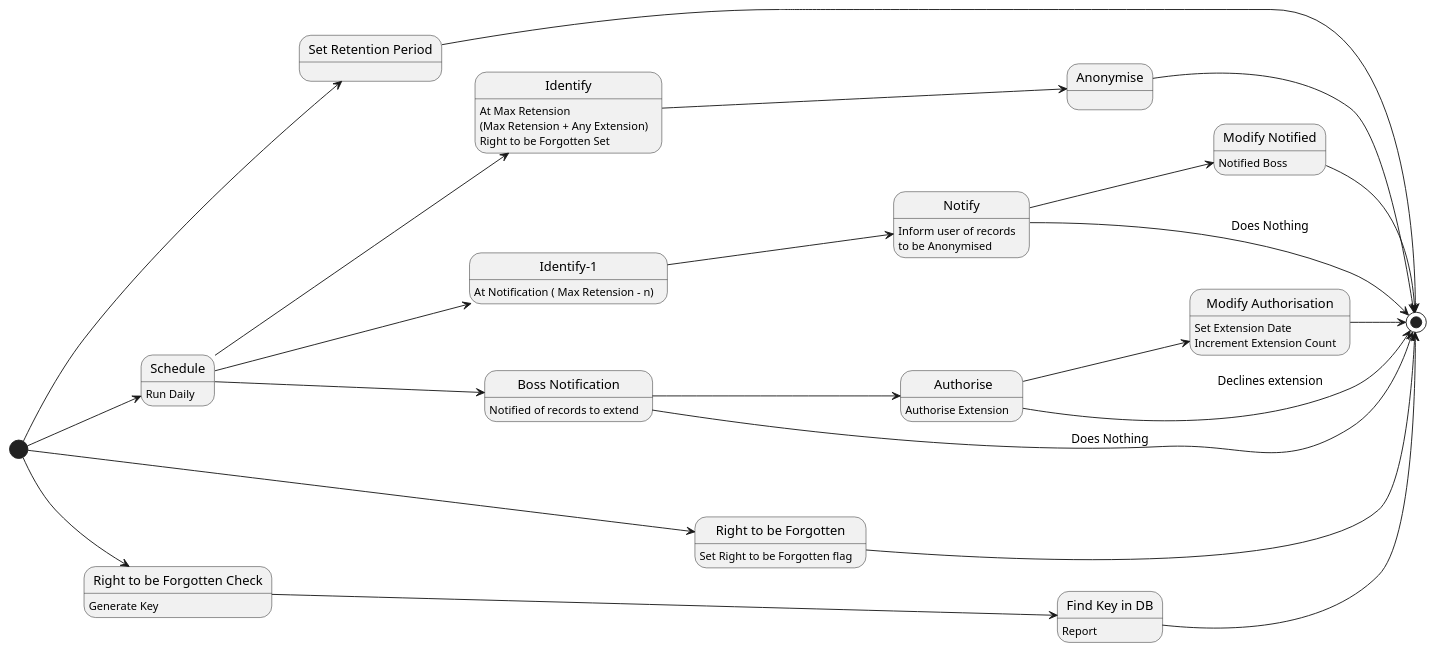
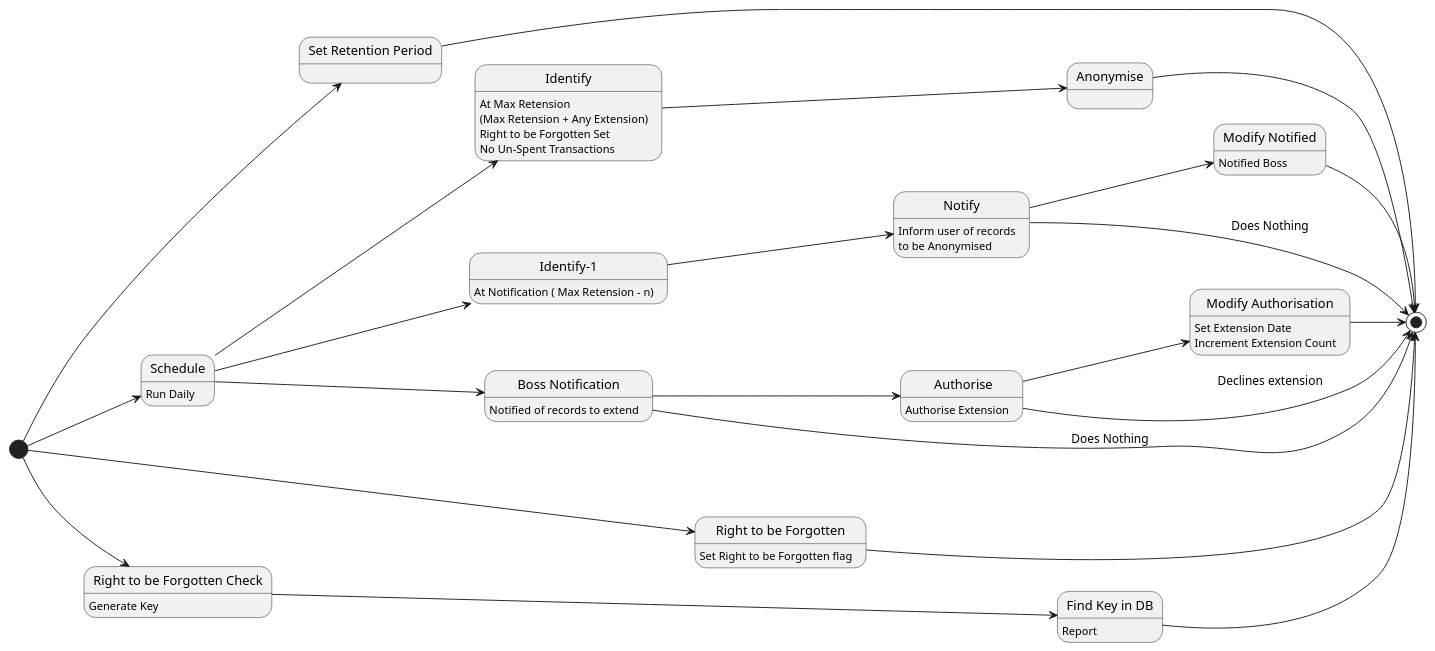
One commit to Kf-GaryNewport/Kf-GaryNewport.github.io changed the diagram in assets/State-GDPR.puml. Above: the diagram before and after it, drawn with PlantUML.

```diff
--- a/assets/State-GDPR.puml
+++ b/assets/State-GDPR.puml
@@ -1,70 +1,71 @@
 @startuml GDPR
 
 left to right direction
 
 state "Set Retention Period" as state1
 state "Schedule" as sched
 sched : Run Daily
 
 state "Identify" as ident
 ident : At Max Retension\n(Max Retension + Any Extension)
 ident : Right to be Forgotten Set
+ident : No Un-Spent Transactions
 
 state "Identify-1" as identm
 identm : At Notification ( Max Retension - n)
 
 state "Anonymise" as anon
 
 state "Notify" as note
 note : Inform user of records\nto be Anonymised
 
 state "Modify Notified" as modNote
 modNote : Notified Boss
 
 state "Modify Authorisation" as modAuth
 modAuth : Set Extension Date
 modAuth : Increment Extension Count
 
 state " Authorise" as auth
 auth : Authorise Extension
 
 state "Boss Notification" as boss
 boss : Notified of records to extend
 
 state "Right to be Forgotten" as rtbf
 rtbf : Set Right to be Forgotten flag
 
 state "Right to be Forgotten Check" as rtbfc
 rtbfc : Generate Key
 state "Find Key in DB" as dbfind
 dbfind : Report 
 
 [*] --> rtbf
 rtbf --> [*]
 
 [*] --> rtbfc
 rtbfc --> dbfind
 dbfind --> [*]
 
 [*] --> state1
 state1 --> [*] 
 
 [*] --> sched
 sched --> ident
 ident --> anon
 anon --> [*]
 
 sched --> identm
 identm --> note
 note --> modNote
 modNote --> [*] 
 note --> [*] : Does Nothing
 
 sched --> boss
 boss --> auth
 boss --> [*] : Does Nothing
 auth --> modAuth
 auth --> [*] : Declines extension
 modAuth --> [*]
 
 @enduml
```
